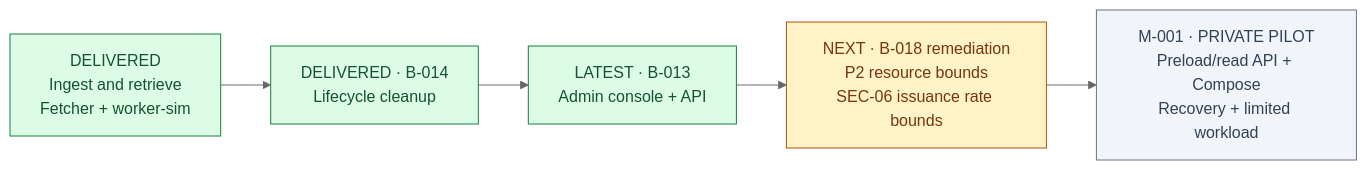
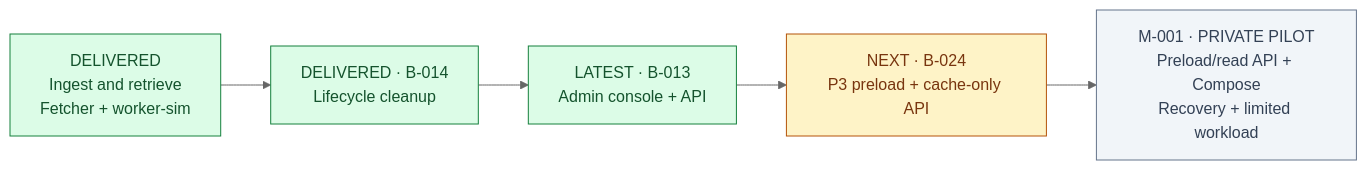
One commit to mezanno/prototype_cache changed the second of 2 diagrams in docs/OVERVIEW.md. Above: the diagram before and after it, drawn with Mermaid (neutral theme). The commit also changed other lines of this file and 15 other files, not shown here.

Commit message:
fix(security): rate-limit capability issuance

````diff
--- a/docs/OVERVIEW.md
+++ b/docs/OVERVIEW.md
@@ -110,14 +110,14 @@
 ```mermaid
 flowchart LR
     core["DELIVERED<br/>Ingest and retrieve<br/>Fetcher + worker-sim"]
     lifecycle["DELIVERED · B-014<br/>Lifecycle cleanup"]
     admin["LATEST · B-013<br/>Admin console + API"]
-    security["NEXT · B-018 remediation<br/>P2 resource bounds<br/>SEC-06 issuance rate bounds"]
+    security["NEXT · B-024<br/>P3 preload + cache-only API"]
     readiness["M-001 · PRIVATE PILOT<br/>Preload/read API + Compose<br/>Recovery + limited workload"]
     core --> lifecycle --> admin --> security --> readiness
     style core fill:#dcfce7,stroke:#15803d,color:#14532d
     style lifecycle fill:#dcfce7,stroke:#15803d,color:#14532d
     style admin fill:#dcfce7,stroke:#15803d,color:#14532d
     style security fill:#fef3c7,stroke:#b45309,color:#78350f
     style readiness fill:#f1f5f9,stroke:#64748b,color:#334155
 ```
````
